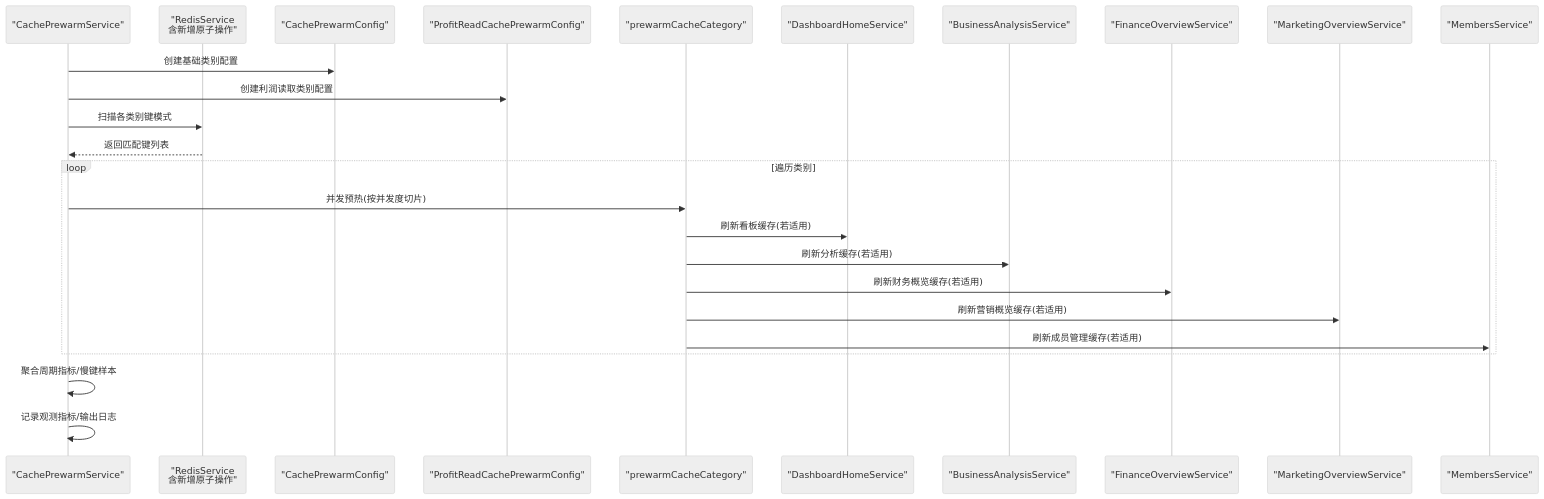
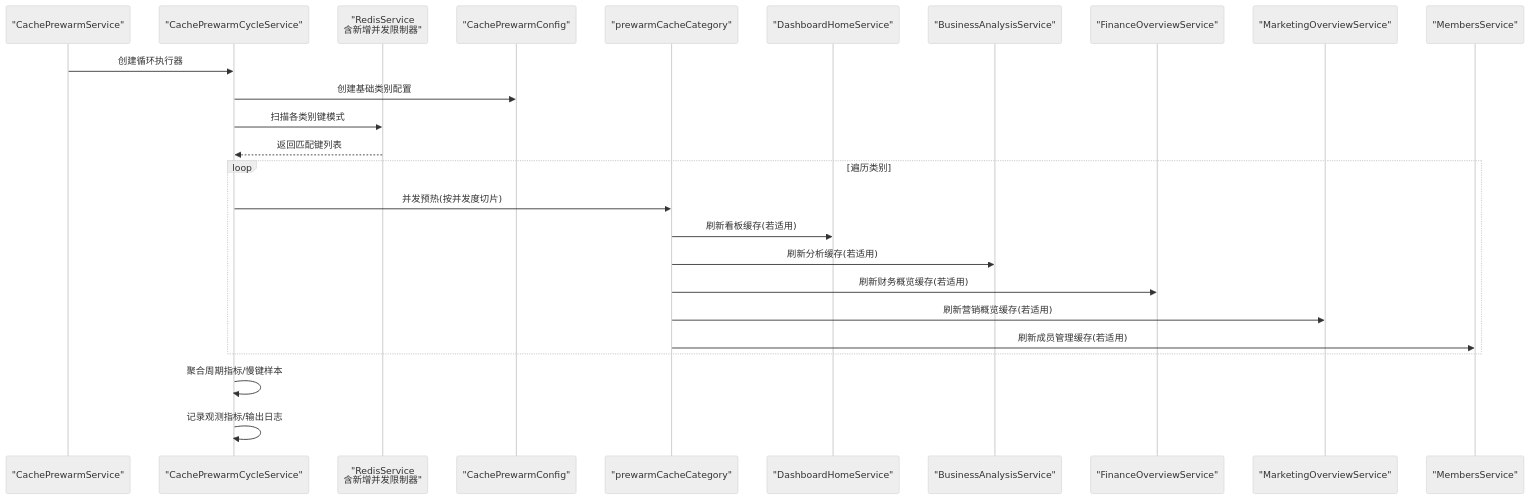
One commit to rc558620/purelyprofit-server changed the second of 10 diagrams in .qoder/repowiki/zh/content/缓存系统/缓存系统.md. Above: the diagram before and after it, drawn with Mermaid (neutral theme). The commit also changed other lines of this file and 16 other files, not shown here.

````diff
--- a/.qoder/repowiki/zh/content/缓存系统/缓存系统.md
+++ b/.qoder/repowiki/zh/content/缓存系统/缓存系统.md
@@ -157,27 +166,27 @@
 ```mermaid
 sequenceDiagram
 participant Svc as "CachePrewarmService"
-participant Redis as "RedisService<br/>含新增原子操作"
+participant Cycle as "CachePrewarmCycleService"
+participant Redis as "RedisService<br/>含新增并发限制器"
 participant Cfg as "CachePrewarmConfig"
-participant ProfitCfg as "ProfitReadCachePrewarmConfig"
 participant Exec as "prewarmCacheCategory"
 participant BizDH as "DashboardHomeService"
 participant BizBA as "BusinessAnalysisService"
 participant BizFO as "FinanceOverviewService"
 participant BizMO as "MarketingOverviewService"
 participant BizMEM as "MembersService"
-Svc->>Cfg : 创建基础类别配置
-Svc->>ProfitCfg : 创建利润读取类别配置
-Svc->>Redis : 扫描各类别键模式
-Redis-->>Svc : 返回匹配键列表
+Svc->>Cycle : 创建循环执行器
+Cycle->>Cfg : 创建基础类别配置
+Cycle->>Redis : 扫描各类别键模式
+Redis-->>Cycle : 返回匹配键列表
 loop 遍历类别
-Svc->>Exec : 并发预热(按并发度切片)
+Cycle->>Exec : 并发预热(按并发度切片)
 Exec->>BizDH : 刷新看板缓存(若适用)
 Exec->>BizBA : 刷新分析缓存(若适用)
 Exec->>BizFO : 刷新财务概览缓存(若适用)
 Exec->>BizMO : 刷新营销概览缓存(若适用)
 Exec->>BizMEM : 刷新成员管理缓存(若适用)
 end
-Svc->>Svc : 聚合周期指标/慢键样本
-Svc->>Svc : 记录观测指标/输出日志
+Cycle->>Cycle : 聚合周期指标/慢键样本
+Cycle->>Cycle : 记录观测指标/输出日志
 ```
````
